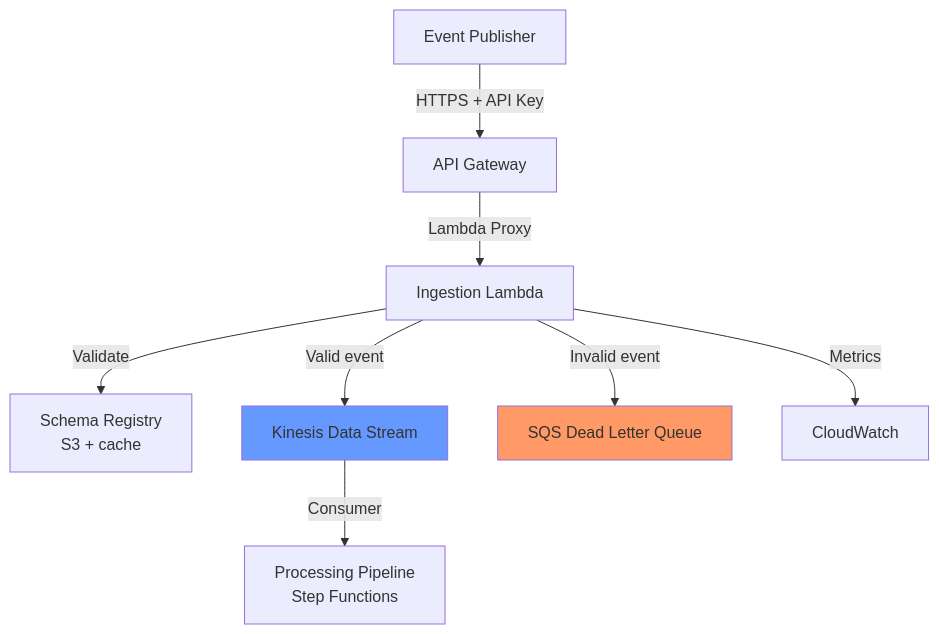
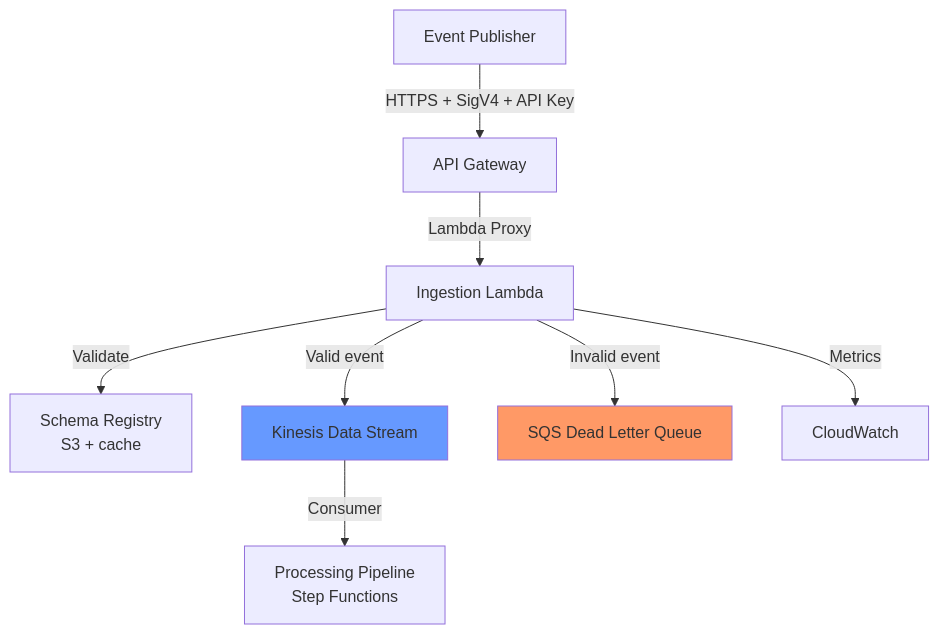
The diagram in examples/example-2-data-pipeline/.kiro/specs/101-rest-api-ingestion/design.md (aws-samples/sample-kiro-requirements-to-code), drawn with Mermaid before and after one commit. The commit also changed other lines of this file and 47 other files, not shown here.

````diff
--- a/examples/example-2-data-pipeline/.kiro/specs/101-rest-api-ingestion/design.md
+++ b/examples/example-2-data-pipeline/.kiro/specs/101-rest-api-ingestion/design.md
@@ -43,15 +44,15 @@
 ```mermaid
 flowchart TD
-    PUB[Event Publisher] -->|HTTPS + API Key| APIGW[API Gateway]
+    PUB[Event Publisher] -->|HTTPS + SigV4 + API Key| APIGW[API Gateway]
     APIGW -->|Lambda Proxy| INGEST[Ingestion Lambda]
 
     INGEST -->|Validate| SCHEMA[Schema Registry<br/>S3 + cache]
     INGEST -->|Valid event| KINESIS[Kinesis Data Stream]
     INGEST -->|Invalid event| DLQ[SQS Dead Letter Queue]
     INGEST -->|Metrics| CW[CloudWatch]
 
     KINESIS -->|Consumer| PROCESSING[Processing Pipeline<br/>Step Functions]
 
     style DLQ fill:#f96
     style KINESIS fill:#69f
 ```
````
